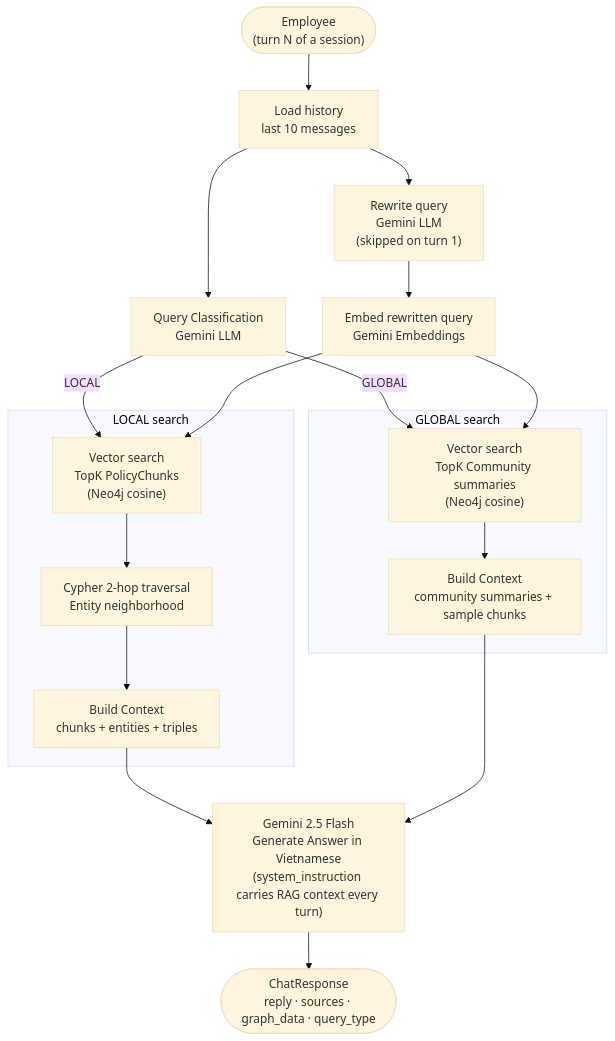
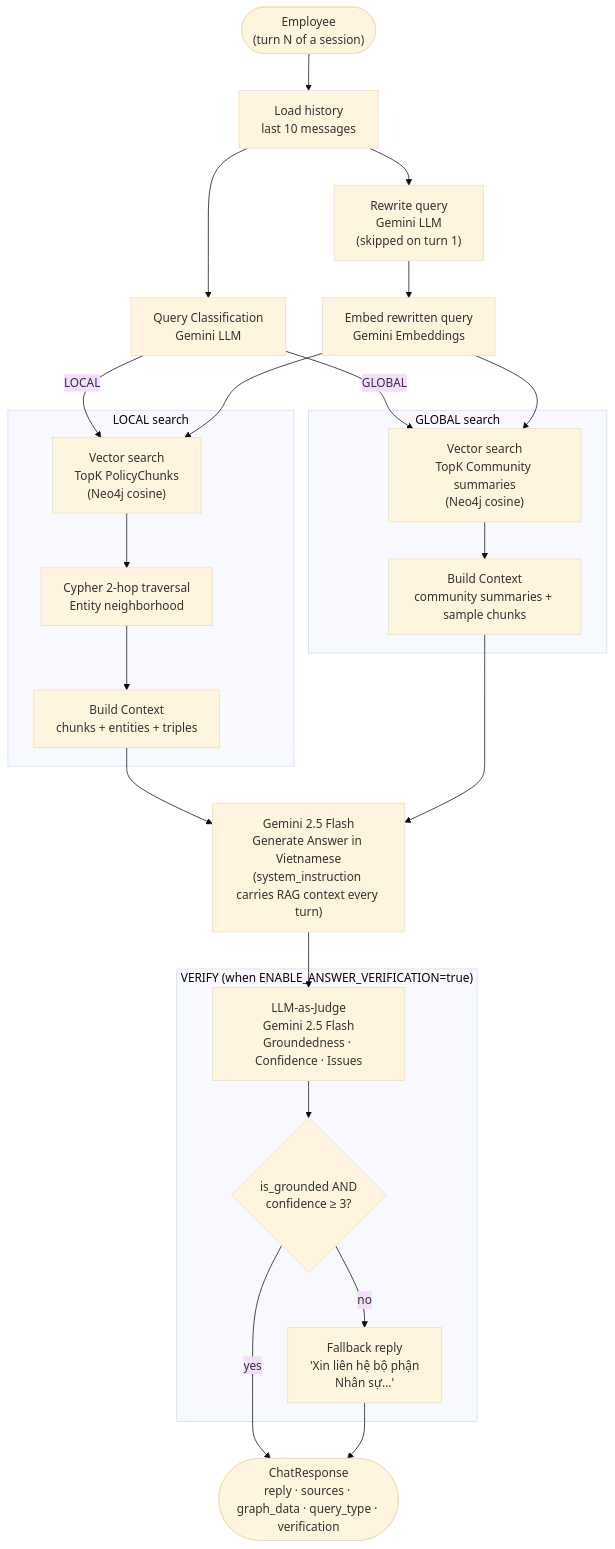
The third of 3 diagrams in rag-projects/graphrag-assistant/README.md (nguyenduy-math/agentichouse), drawn with Mermaid (base theme) before and after one commit.

Commit message:
i learn how to fix RAG issues

````diff
--- a/rag-projects/graphrag-assistant/README.md
+++ b/rag-projects/graphrag-assistant/README.md
@@ -98,32 +98,42 @@
 ```mermaid
 flowchart TD
     Q(["Employee\n(turn N of a session)"])
     History["Load history\nlast 10 messages"]
     Classify["Query Classification\nGemini LLM"]
     Rewrite["Rewrite query\nGemini LLM\n(skipped on turn 1)"]
     Embed["Embed rewritten query\nGemini Embeddings"]
 
     subgraph LOCAL["LOCAL search"]
         VecChunk["Vector search\nTopK PolicyChunks\n(Neo4j cosine)"]
         Cypher["Cypher 2-hop traversal\nEntity neighborhood"]
         LocalCtx["Build Context\nchunks + entities + triples"]
     end
 
     subgraph GLOBAL["GLOBAL search"]
         VecComm["Vector search\nTopK Community summaries\n(Neo4j cosine)"]
         GlobalCtx["Build Context\ncommunity summaries + sample chunks"]
     end
 
     Generate["Gemini 2.5 Flash\nGenerate Answer in Vietnamese\n(system_instruction carries RAG context every turn)"]
-    Response(["ChatResponse\nreply · sources · graph_data · query_type"])
+
+    subgraph VERIFY["VERIFY (when ENABLE_ANSWER_VERIFICATION=true)"]
+        Judge["LLM-as-Judge\nGemini 2.5 Flash\nGroundedness · Confidence · Issues"]
+        Pass{"is_grounded AND\nconfidence ≥ 3?"}
+        Fallback["Fallback reply\n'Xin liên hệ bộ phận\nNhân sự...'"]
+    end
+
+    Response(["ChatResponse\nreply · sources · graph_data · query_type · verification"])
 
     Q --> History --> Classify
     History --> Rewrite
     Classify -- "LOCAL" --> VecChunk
     Classify -- "GLOBAL" --> VecComm
     Rewrite --> Embed
     Embed --> VecChunk & VecComm
     VecChunk --> Cypher --> LocalCtx --> Generate
     VecComm --> GlobalCtx --> Generate
-    Generate --> Response
+    Generate --> Judge
+    Judge --> Pass
+    Pass -- "yes" --> Response
+    Pass -- "no" --> Fallback --> Response
 ```
````
